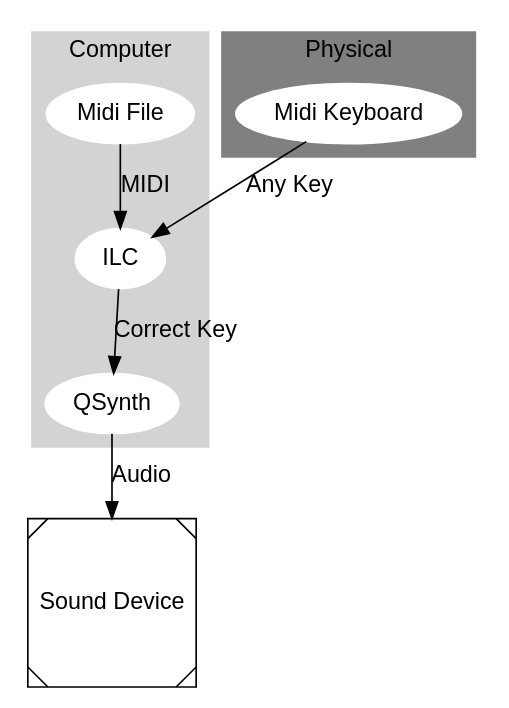
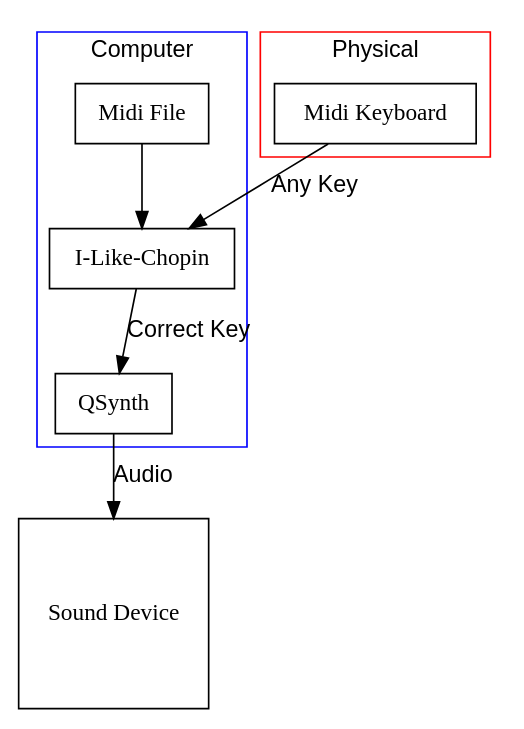
The diagram in ILC.gv (obook/I-like-Chopin), drawn with Graphviz before and after one commit. The commit also changed 1 other file, not shown here.

```diff
--- a/ILC.gv
+++ b/ILC.gv
@@ -1,31 +1,28 @@
-digraph G {
-        fontname="Helvetica,Arial,sans-serif"
-        node [fontname="Helvetica,Arial,sans-serif"]
-        edge [fontname="Helvetica,Arial,sans-serif"]
-        /* layout=neato */
+digraph {
+        splines=false;
+        ranksep=0.5;
+        fontname="Helvetica,Arial,sans-serif";
+        node[shape=box, color=black, style=filled, fillcolor=white];
+        edge [fontname="Helvetica,Arial,sans-serif", color=black];
 
         subgraph cluster_0 {
                 label = "Computer";
-                style=filled;
-                color=lightgrey;
-                node [style=filled,color=white];
-                ILC -> QSynth [label="Correct Key"]
-                {"Midi File"} -> ILC [label="MIDI"]
+                color=blue;
+                MIDIFILE [label="Midi File"];
+                ILC [label="I-Like-Chopin"];
+                QSYNTH [label="QSynth"];
         }
+
+        MIDIFILE -> ILC
+        ILC -> QSYNTH [label="Correct Key"];
 
         subgraph cluster_1 {
                 label = "Physical";
-                style=filled;
-                color=lightgrey;
-                node [style=filled,color=white];
-                {"Midi Keyboard"} -> ILC [label="Any Key"]
-                color=grey
+                color=red;
+                KEYBOARD[label="Midi Keyboard"];
         }
 
-
-        QSynth -> {"Sound Device"} [label="Audio"]
-
-        "Sound Device" [shape=Msquare];
-
-
+        KEYBOARD -> ILC [label="Any Key"];
+        SOUNDEVICE[label="Sound Device", shape=square];
+        QSYNTH -> SOUNDEVICE [label="Audio"];
 }
```
